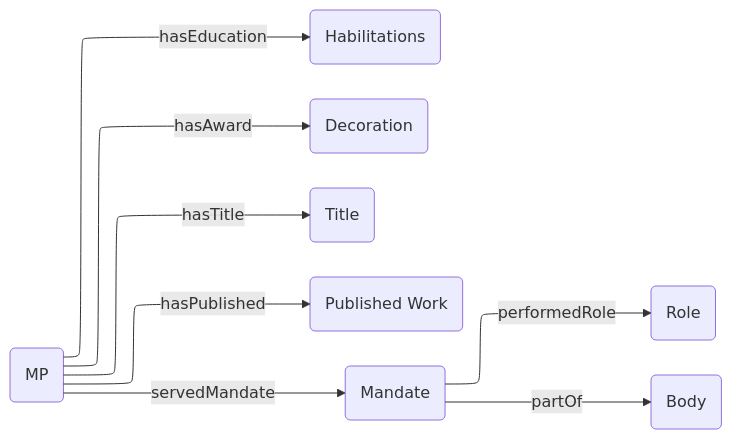
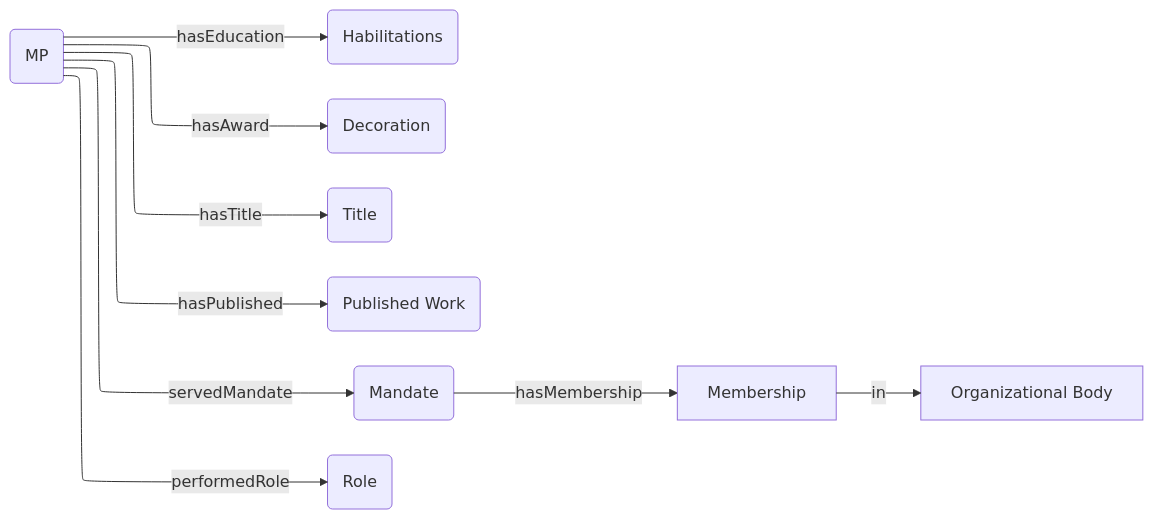
Before and after one commit to politrackpt/ontologies: the diagram in OpenDataGOV-AP/DataModel/mp.mermaid, drawn with Mermaid. The commit also changed 2 other files, not shown here.

Commit message:
add membership to body class in mp profile diagram

```diff
--- a/OpenDataGOV-AP/DataModel/mp.mermaid
+++ b/OpenDataGOV-AP/DataModel/mp.mermaid
@@ -1,12 +1,13 @@
 ---
 config:
   layout: elk
 ---
 flowchart LR
     Person("MP") -- hasEducation --> Edu("Habilitations")
     Person -- hasAward --> Award("Decoration")
     Person -- hasTitle --> Title("Title")
     Person -- hasPublished --> Work("Published Work")
     Person -- servedMandate --> Mandate("Mandate")
-    Mandate -- performedRole --> Role("Role")
-    Mandate -- partOf --> Body("Body")
+    Person -- performedRole --> Role("Role")
+    Mandate -- hasMembership --> Mem["Membership"]
+    Mem -- in --> Body["Organizational Body"]
```
